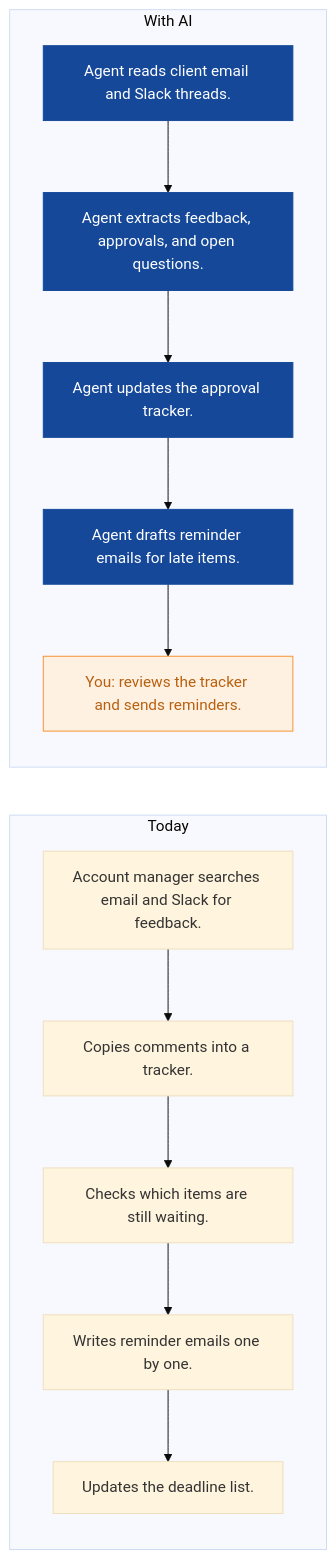
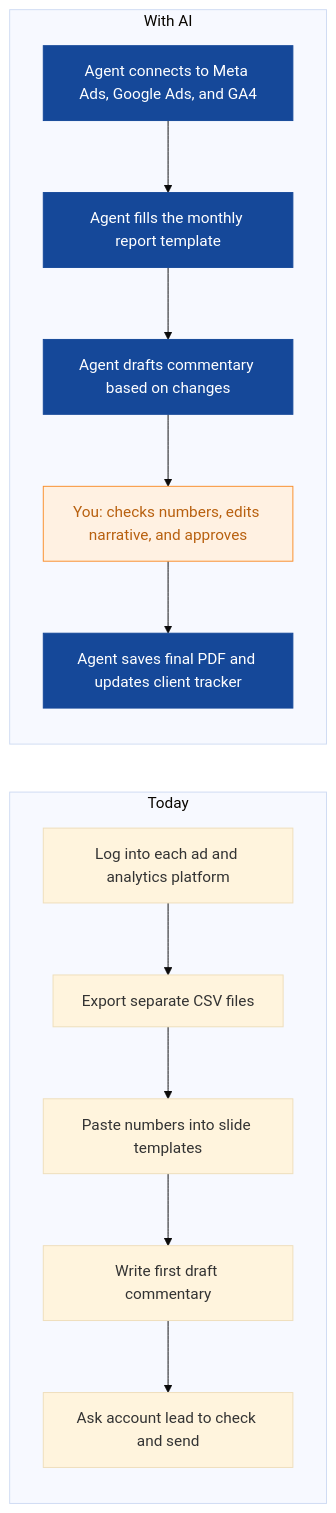
The second of 8 diagrams in strategies/pixelhive-studio.md (nexibeo/Complete-AI-Strategy), drawn with Mermaid (base theme) before and after one commit. The commit also changed other lines of this file and 26 other files, not shown here.

````diff
--- a/strategies/pixelhive-studio.md
+++ b/strategies/pixelhive-studio.md
@@ -78,23 +81,23 @@
 ```mermaid
 flowchart LR
   subgraph Today
-    B0["Account manager searches email and Slack for feedback."]
-    B1["Copies comments into a tracker."]
-    B2["Checks which items are still waiting."]
-    B3["Writes reminder emails one by one."]
-    B4["Updates the deadline list."]
+    B0["Log into each ad and analytics platform"]
+    B1["Export separate CSV files"]
+    B2["Paste numbers into slide templates"]
+    B3["Write first draft commentary"]
+    B4["Ask account lead to check and send"]
     B0 --> B1 --> B2 --> B3 --> B4
   end
   subgraph WithAI[With AI]
-    A0["Agent reads client email and Slack threads."]
-    A1["Agent extracts feedback, approvals, and open questions."]
-    A2["Agent updates the approval tracker."]
-    A3["Agent drafts reminder emails for late items."]
-    A4["You: reviews the tracker and sends reminders."]
+    A0["Agent connects to Meta Ads, Google Ads, and GA4"]
+    A1["Agent fills the monthly report template"]
+    A2["Agent drafts commentary based on changes"]
+    A3["You: checks numbers, edits narrative, and approves"]
+    A4["Agent saves final PDF and updates client tracker"]
     A0 --> A1 --> A2 --> A3 --> A4
   end
   classDef ai fill:#154899,color:#fff,stroke:#154899
   classDef human fill:#FFF1E2,color:#B8600F,stroke:#F98F2C
-  class A0,A1,A2,A3 ai
-  class A4 human
+  class A0,A1,A2,A4 ai
+  class A3 human
 ```
````
